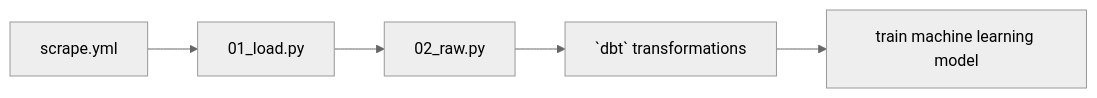
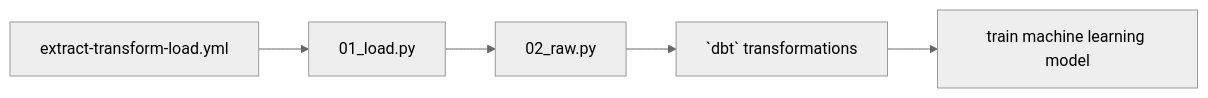
The diagram in templates/README.md (namtonthat/powerlifting-ml-progress), drawn with Mermaid (neutral theme) before and after one commit. The commit also changed other lines of this file and 9 other files, not shown here.

````diff
--- a/templates/README.md
+++ b/templates/README.md
@@ -20,14 +20,14 @@
 ```mermaid
 graph LR
 
-    A[scrape.yml]
+    A[extract-transform-load.yml]
     B[01_load.py]
     C[02_raw.py]
     D[`dbt` transformations]
     E[train machine learning model]
 
     A --> B
     B --> C
     C --> D
     D --> E
 ```
````
